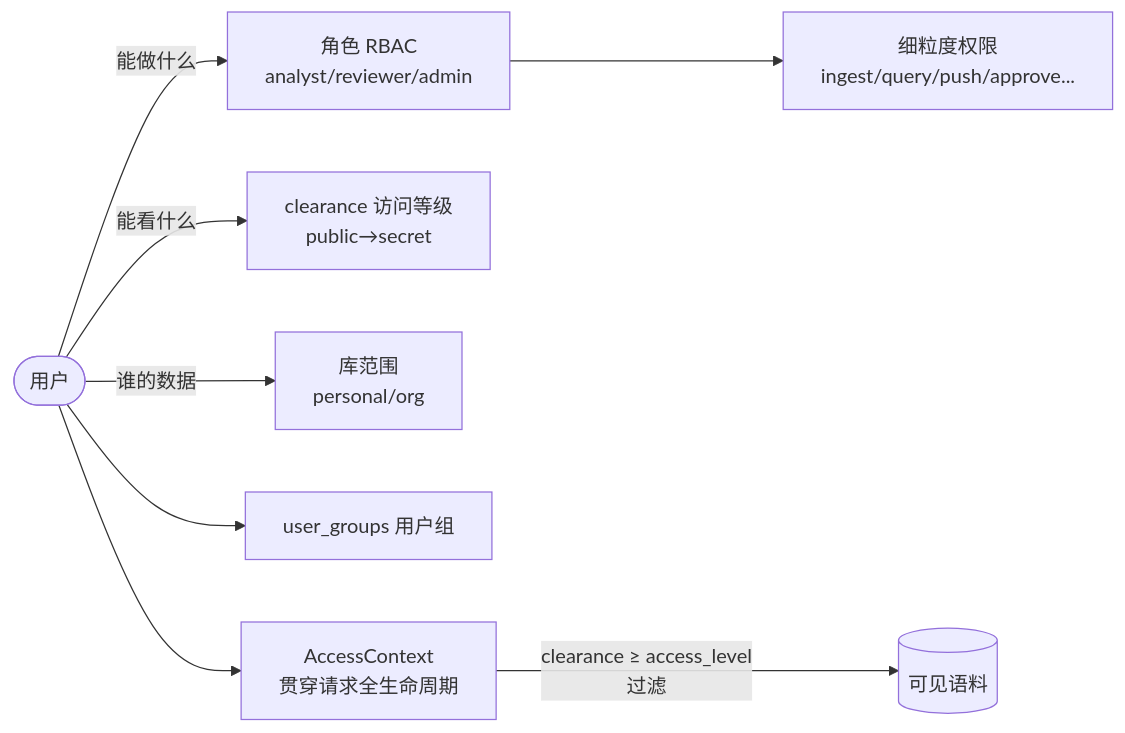
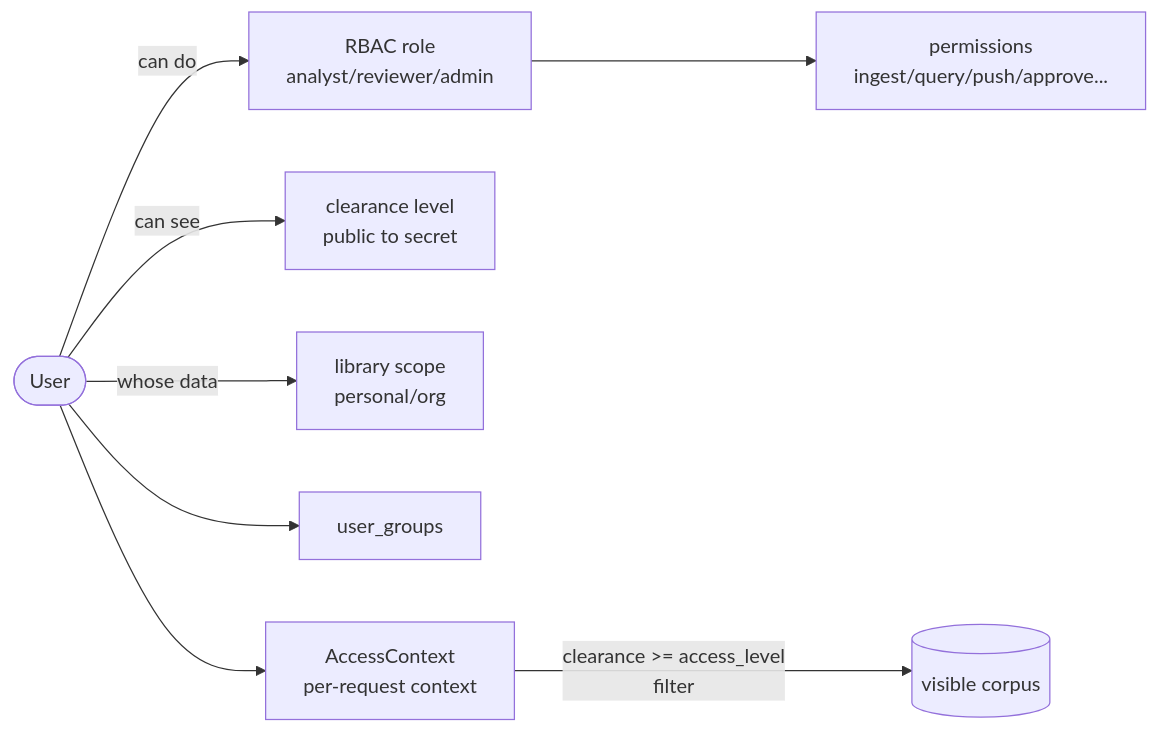
One commit to cyberwalker0419/Calliodesmo changed the second of 2 diagrams in README.md. Above: the diagram before and after it, drawn with Mermaid. The commit also changed other lines of this file, not shown here.

Commit message:
fix(readme): mermaid diagrams to ASCII (GitHub btoa/Latin1 + layout fix)

````diff
--- a/README.md
+++ b/README.md
@@ -54,12 +54,12 @@
 ```mermaid
 graph LR
-    U([用户])
-    U -->|能做什么| RBAC[角色 RBAC<br/>analyst/reviewer/admin]
-    RBAC --> Perm[细粒度权限<br/>ingest/query/push/approve...]
-    U -->|能看什么| CL[clearance 访问等级<br/>public→secret]
-    U -->|谁的数据| Scope[库范围<br/>personal/org]
-    U --> G[user_groups 用户组]
-    AC["AccessContext<br/>贯穿请求全生命周期"]
+    U(["User"])
+    U -->|"can do"| RBAC["RBAC role<br/>analyst/reviewer/admin"]
+    RBAC --> Perm["permissions<br/>ingest/query/push/approve..."]
+    U -->|"can see"| CL["clearance level<br/>public to secret"]
+    U -->|"whose data"| Scope["library scope<br/>personal/org"]
+    U --> G["user_groups"]
+    AC["AccessContext<br/>per-request context"]
     U --> AC
-    AC -->|clearance ≥ access_level<br/>过滤| Data[(可见语料)]
+    AC -->|"clearance >= access_level<br/>filter"| Data[("visible corpus")]
 ```
````
